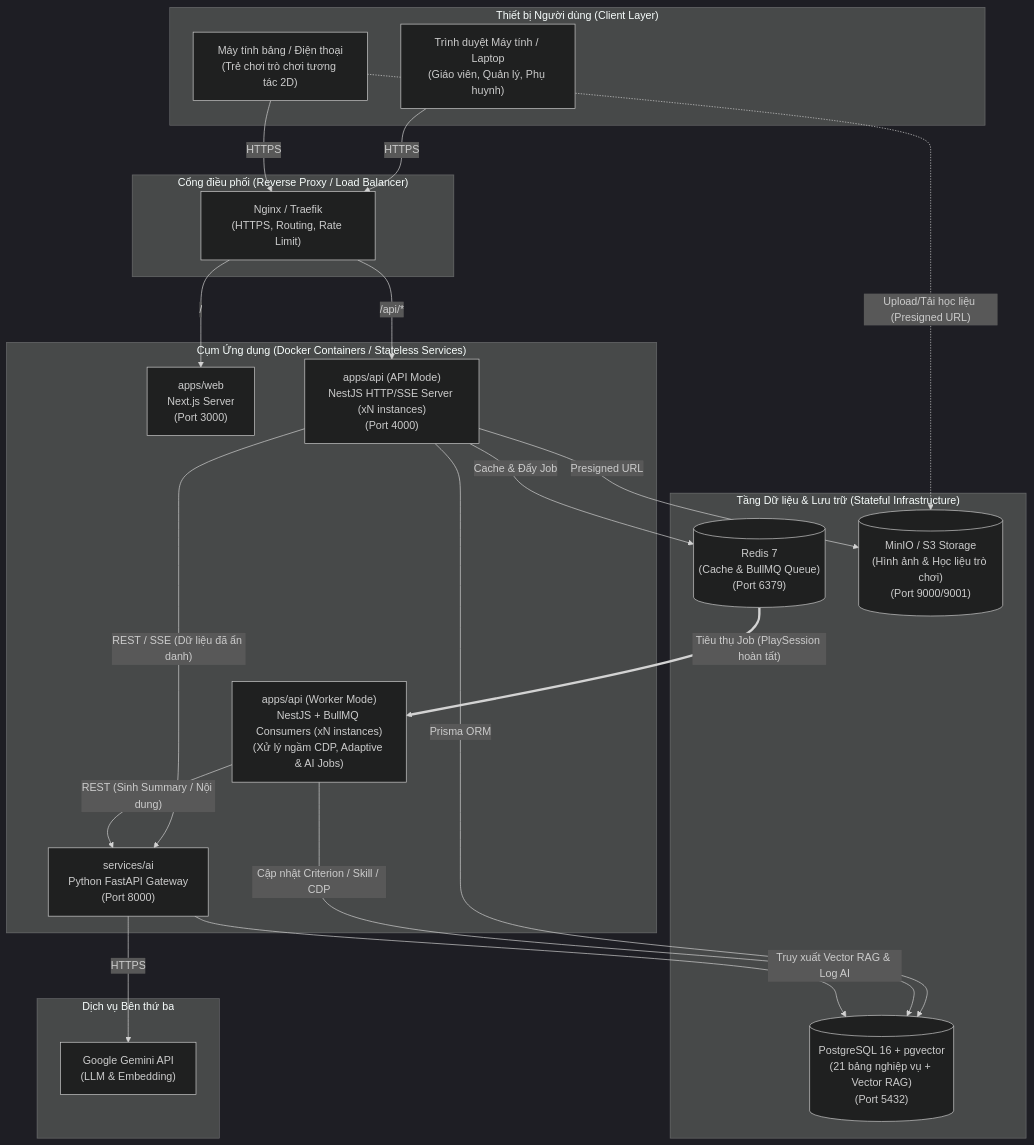
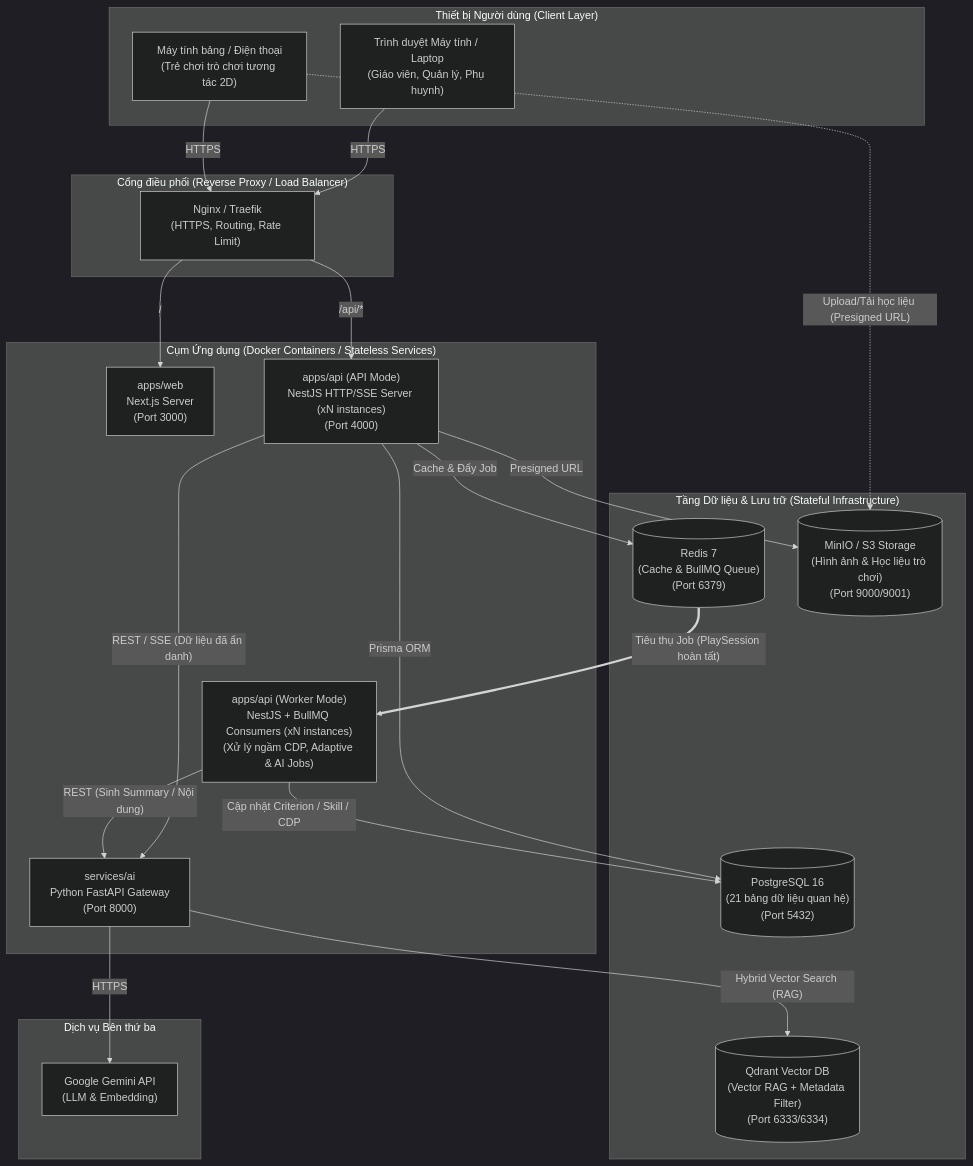
Before and after one commit to VietHieuNguyen/LumiKidsProject: the diagram in Readme.md, drawn with Mermaid (dark theme). The commit also changed other lines of this file and 4 other files, not shown here.

Commit message:
docs: update vector database architecture from pgvector to Qdrant

````diff
--- a/Readme.md
+++ b/Readme.md
@@ -45,46 +45,47 @@
 ```mermaid
 flowchart TB
     subgraph Clients["Thiết bị Người dùng (Client Layer)"]
         Browser["Trình duyệt Máy tính / Laptop<br/>(Giáo viên, Quản lý, Phụ huynh)"]
         Tablet["Máy tính bảng / Điện thoại<br/>(Trẻ chơi trò chơi tương tác 2D)"]
     end
 
     subgraph Edge["Cổng điều phối (Reverse Proxy / Load Balancer)"]
         Nginx["Nginx / Traefik<br/>(HTTPS, Routing, Rate Limit)"]
     end
 
     subgraph AppCluster["Cụm Ứng dụng (Docker Containers / Stateless Services)"]
         Web["apps/web<br/>Next.js Server<br/>(Port 3000)"]
         API["apps/api (API Mode)<br/>NestJS HTTP/SSE Server (xN instances)<br/>(Port 4000)"]
         Worker["apps/api (Worker Mode)<br/>NestJS + BullMQ Consumers (xN instances)<br/>(Xử lý ngầm CDP, Adaptive & AI Jobs)"]
         AIService["services/ai<br/>Python FastAPI Gateway<br/>(Port 8000)"]
     end
 
     subgraph DataLayer["Tầng Dữ liệu & Lưu trữ (Stateful Infrastructure)"]
-        PG[("PostgreSQL 16 + pgvector<br/>(21 bảng nghiệp vụ + Vector RAG)<br/>(Port 5432)")]
+        PG[("PostgreSQL 16<br/>(21 bảng dữ liệu quan hệ)<br/>(Port 5432)")]
+        Qdrant[("Qdrant Vector DB<br/>(Vector RAG + Metadata Filter)<br/>(Port 6333/6334)")]
         Redis[("Redis 7<br/>(Cache & BullMQ Queue)<br/>(Port 6379)")]
         MinIO[("MinIO / S3 Storage<br/>(Hình ảnh & Học liệu trò chơi)<br/>(Port 9000/9001)")]
     end
 
     subgraph External["Dịch vụ Bên thứ ba"]
         Gemini["Google Gemini API<br/>(LLM & Embedding)"]
     end
 
     Browser -->|HTTPS| Nginx
     Tablet -->|HTTPS| Nginx
     Nginx -->|"/"| Web
     Nginx -->|"/api/*"| API
     Tablet -.->|"Upload/Tải học liệu (Presigned URL)"| MinIO
 
     API -->|"Prisma ORM"| PG
     API -->|"Cache & Đẩy Job"| Redis
     API -->|"Presigned URL"| MinIO
     API -->|"REST / SSE (Dữ liệu đã ẩn danh)"| AIService
 
     Redis ==>|"Tiêu thụ Job (PlaySession hoàn tất)"| Worker
     Worker -->|"Cập nhật Criterion / Skill / CDP"| PG
     Worker -->|"REST (Sinh Summary / Nội dung)"| AIService
 
-    AIService -->|"Truy xuất Vector RAG & Log AI"| PG
+    AIService -->|"Hybrid Vector Search (RAG)"| Qdrant
     AIService -->|"HTTPS"| Gemini
 ```
````
